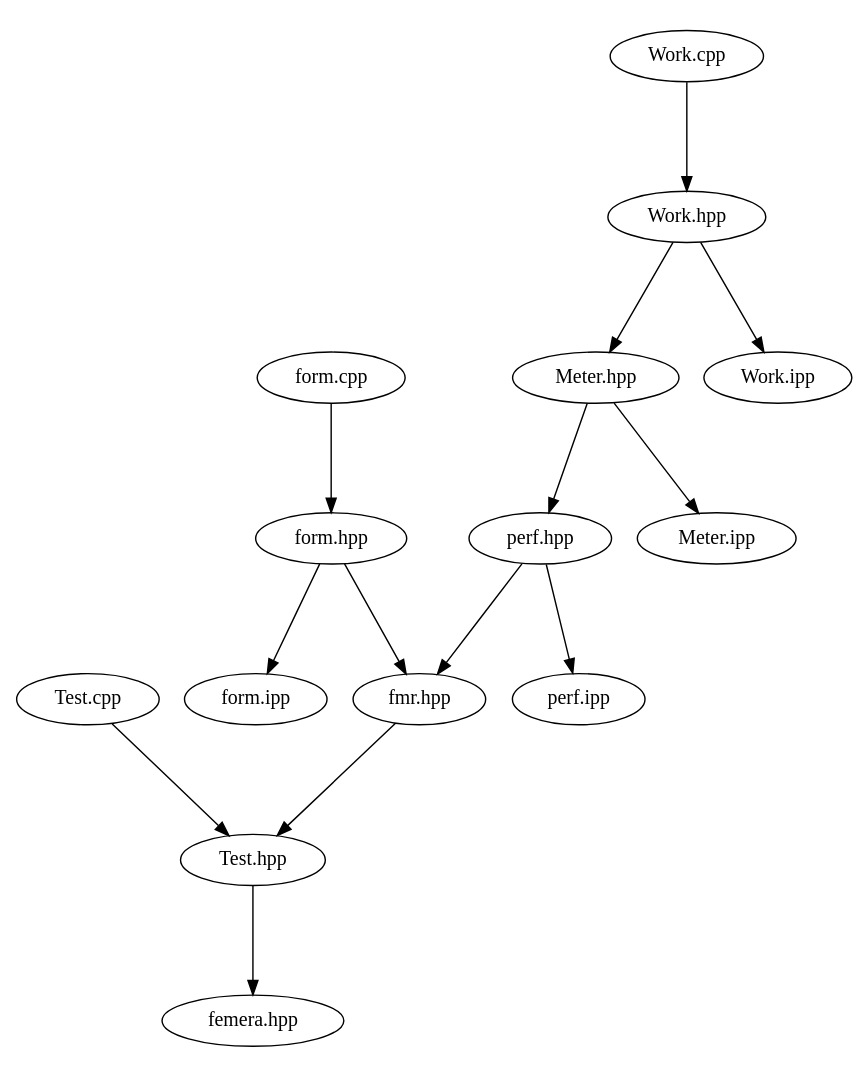
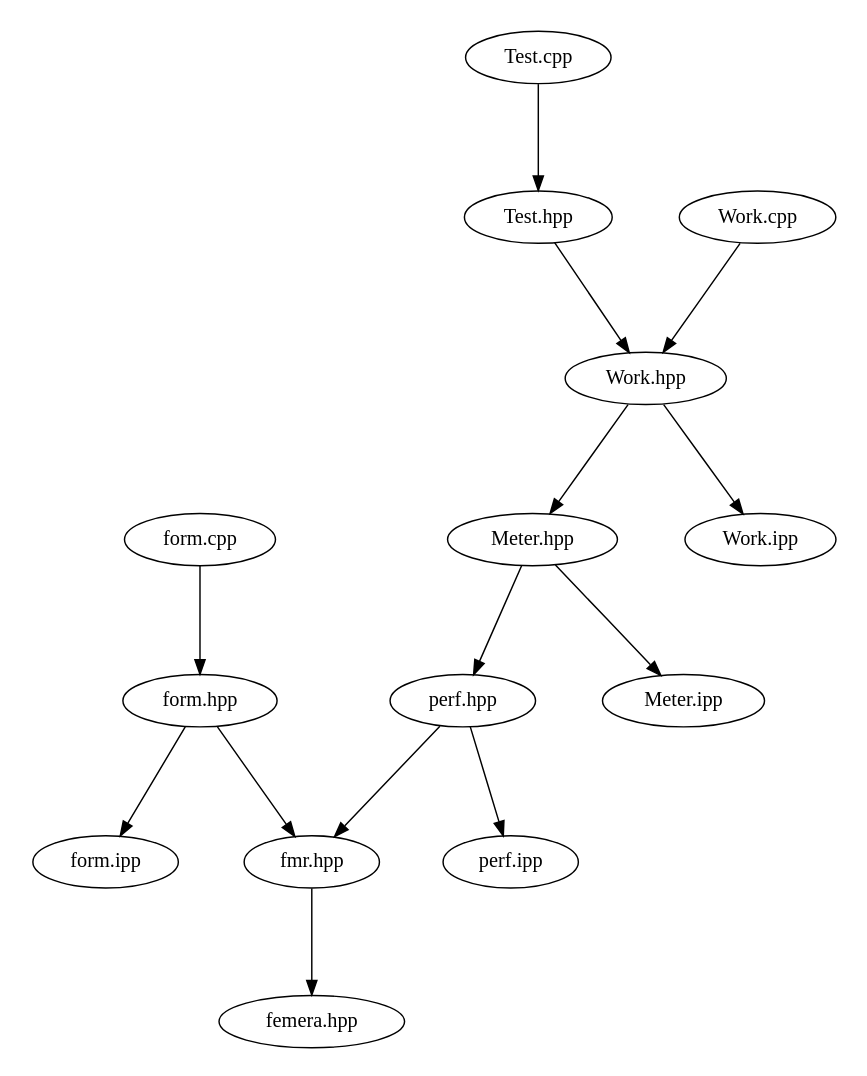
Before and after one commit to waggyz/femera-mini-app: the diagram in src/docs/src-notest.dot, drawn with Graphviz. The commit also changed 11 other files, not shown here.

```diff
--- a/src/docs/src-notest.dot
+++ b/src/docs/src-notest.dot
@@ -1,21 +1,21 @@
 digraph "source tree" {
     overlap=scale;
     size="8,10";
     ratio="fill";
     fontsize="16";
     fontname="Helvetica";
 	clusterrank="local";
 	"Meter.hpp" -> "perf.hpp"
 	"perf.hpp" -> "fmr.hpp"
 	"Work.hpp" -> "Work.ipp"
-	"fmr.hpp" -> "Test.hpp"
+	"Test.hpp" -> "Work.hpp"
 	"form.cpp" -> "form.hpp"
-	"Test.hpp" -> "femera.hpp"
+	"fmr.hpp" -> "femera.hpp"
 	"perf.hpp" -> "perf.ipp"
 	"form.hpp" -> "fmr.hpp"
 	"form.hpp" -> "form.ipp"
 	"Work.cpp" -> "Work.hpp"
 	"Work.hpp" -> "Meter.hpp"
 	"Test.cpp" -> "Test.hpp"
 	"Meter.hpp" -> "Meter.ipp"
 }
```
